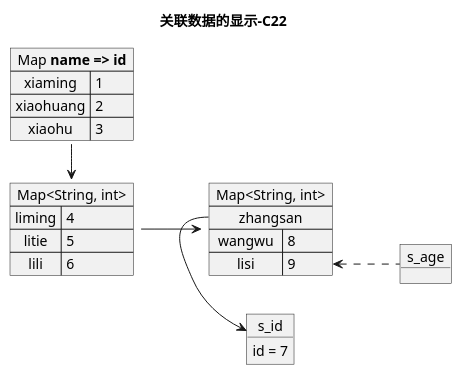
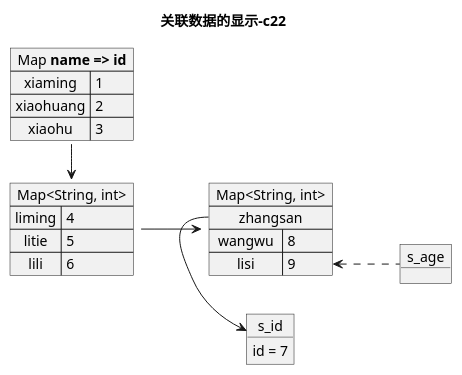
One commit to securitgithub/plantumlforvscode changed the second of 2 diagrams in examples/03_object_charts.puml. Above: the diagram before and after it, drawn with PlantUML. The commit also changed other lines of this file and 43 other files, not shown here.

```diff
--- a/examples/03_object_charts.puml
+++ b/examples/03_object_charts.puml
@@ -43,29 +43,29 @@
 @startuml
-title 关联数据的显示-C22
+title 关联数据的显示-c22
 
 left to right direction
 
 map "Map **name => id**" as student_ids {
     xiaming    => 1
     xiaohuang  => 2
     xiaohu     => 3
 }
 
 map "Map<String, int>" as student_id2s {
     liming => 4
     litie  => 5
     lili   => 6
 }
 
 object s_id
 s_id : id = 7
 object s_age
 map "Map<String, int>" as student_id3s {
     zhangsan *-> s_id
     wangwu   => 8
     lisi     => 9
 }
 student_id3s::lisi <.. s_age
 student_ids  ->  student_id2s
 student_id2s --> student_id3s
 @enduml
```
